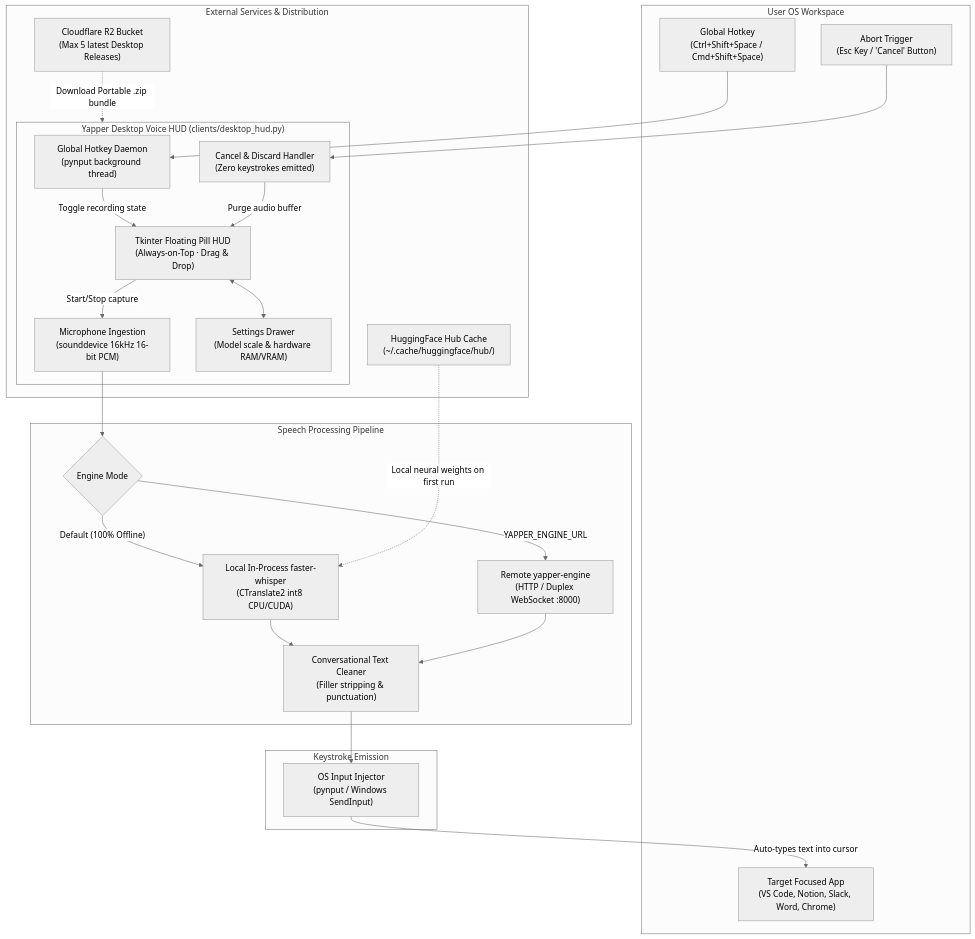
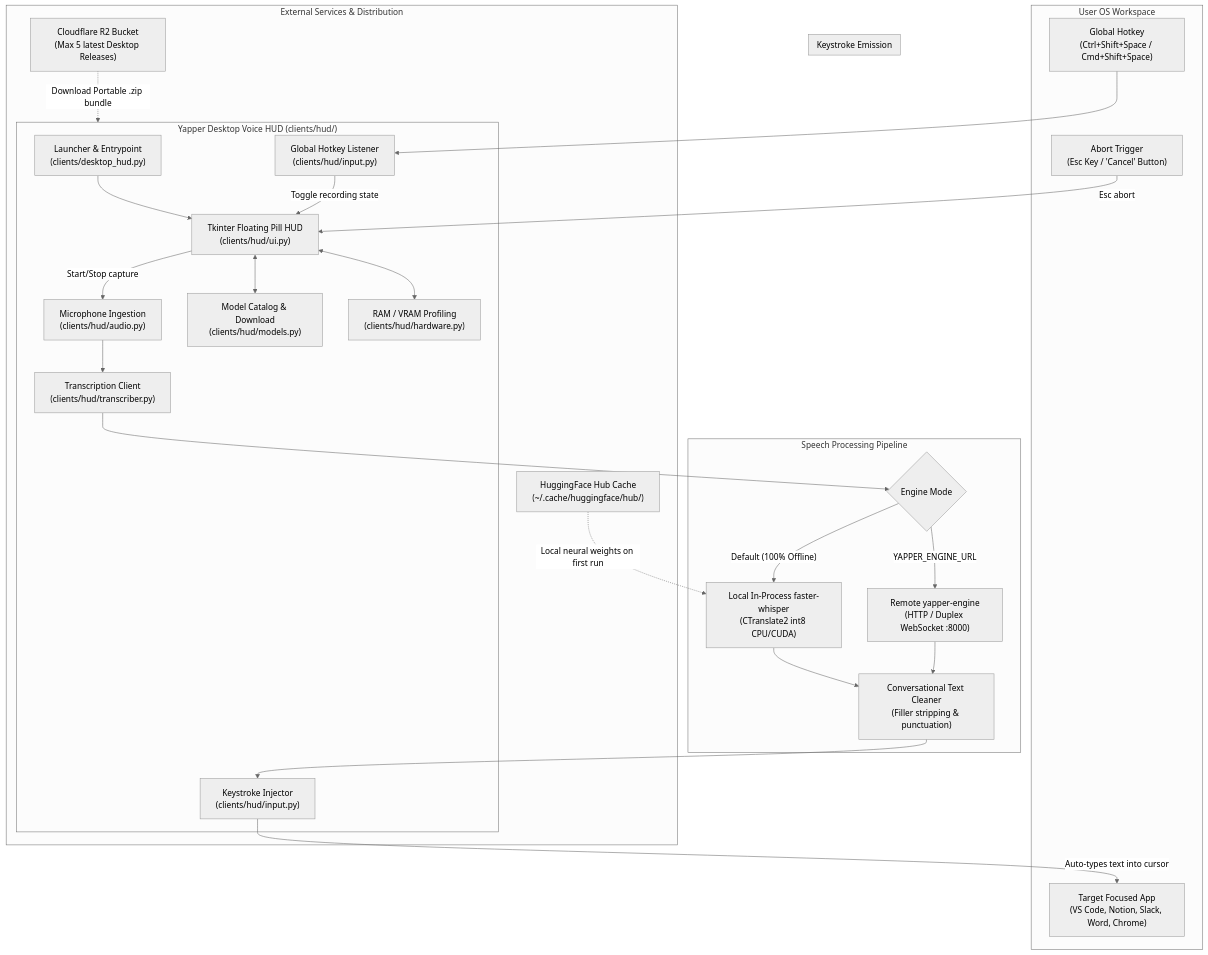
The diagram in clients/README.md (luisenriquecgongora/yapper), drawn with Mermaid (neutral theme) before and after one commit. The commit also changed other lines of this file and 1 other file, not shown here.

Commit message:
docs(docs): update hud and engine architecture docs

````diff
--- a/clients/README.md
+++ b/clients/README.md
@@ -28,50 +28,54 @@
 ```mermaid
 flowchart TD
     subgraph UserSpace["User OS Workspace"]
         App["Target Focused App\n(VS Code, Notion, Slack, Word, Chrome)"]
         UserHotkey["Global Hotkey\n(Ctrl+Shift+Space / Cmd+Shift+Space)"]
         UserCancel["Abort Trigger\n(Esc Key / 'Cancel' Button)"]
     end
 
-    subgraph HUDClient["Yapper Desktop Voice HUD (clients/desktop_hud.py)"]
-        HotkeyDaemon["Global Hotkey Daemon\n(pynput background thread)"]
-        PillGUI["Tkinter Floating Pill HUD\n(Always-on-Top · Drag & Drop)"]
-        AudioStream["Microphone Ingestion\n(sounddevice 16kHz 16-bit PCM)"]
-        CancelHandler["Cancel & Discard Handler\n(Zero keystrokes emitted)"]
-        SettingsDrawer["Settings Drawer\n(Model scale & hardware RAM/VRAM)"]
+    subgraph HUDClient["Yapper Desktop Voice HUD (clients/hud/)"]
+        Entrypoint["Launcher & Entrypoint\n(clients/desktop_hud.py)"]
+        HotkeyDaemon["Global Hotkey Listener\n(clients/hud/input.py)"]
+        TextTyper["Keystroke Injector\n(clients/hud/input.py)"]
+        PillGUI["Tkinter Floating Pill HUD\n(clients/hud/ui.py)"]
+        AudioStream["Microphone Ingestion\n(clients/hud/audio.py)"]
+        ModelCatalog["Model Catalog & Download\n(clients/hud/models.py)"]
+        HardwareSpec["RAM / VRAM Profiling\n(clients/hud/hardware.py)"]
+        TranscriberRoute["Transcription Client\n(clients/hud/transcriber.py)"]
 
+        Entrypoint --> PillGUI
         UserHotkey --> HotkeyDaemon
-        UserCancel --> CancelHandler
         HotkeyDaemon -->|Toggle recording state| PillGUI
-        CancelHandler -->|Purge audio buffer| PillGUI
+        UserCancel -->|Esc abort| PillGUI
+        PillGUI <--> HardwareSpec
+        PillGUI <--> ModelCatalog
         PillGUI -->|Start/Stop capture| AudioStream
-        PillGUI <--> SettingsDrawer
+        AudioStream --> TranscriberRoute
     end
 
     subgraph EngineResolution["Speech Processing Pipeline"]
         Choice{"Engine Mode"}
         LocalFW["Local In-Process faster-whisper\n(CTranslate2 int8 CPU/CUDA)"]
         RemoteEngine["Remote yapper-engine\n(HTTP / Duplex WebSocket :8000)"]
         Formatter["Conversational Text Cleaner\n(Filler stripping & punctuation)"]
 
-        AudioStream --> Choice
+        TranscriberRoute --> Choice
         Choice -->|"Default (100% Offline)"| LocalFW
         Choice -->|"YAPPER_ENGINE_URL"| RemoteEngine
         LocalFW --> Formatter
         RemoteEngine --> Formatter
     end
 
     subgraph InjectionLayer["Keystroke Emission"]
-        Typer["OS Input Injector\n(pynput / Windows SendInput)"]
-        Formatter --> Typer
-        Typer -->|Auto-types text into cursor| App
+        Formatter --> TextTyper
+        TextTyper -->|Auto-types text into cursor| App
     end
 
     subgraph ExternalServices["External Services & Distribution"]
         R2["Cloudflare R2 Bucket\n(Max 5 latest Desktop Releases)"]
         HF["HuggingFace Hub Cache\n(~/.cache/huggingface/hub/)"]
 
         R2 -.->|Download Portable .zip bundle| HUDClient
         HF -.->|Local neural weights on first run| LocalFW
     end
 ```
````
